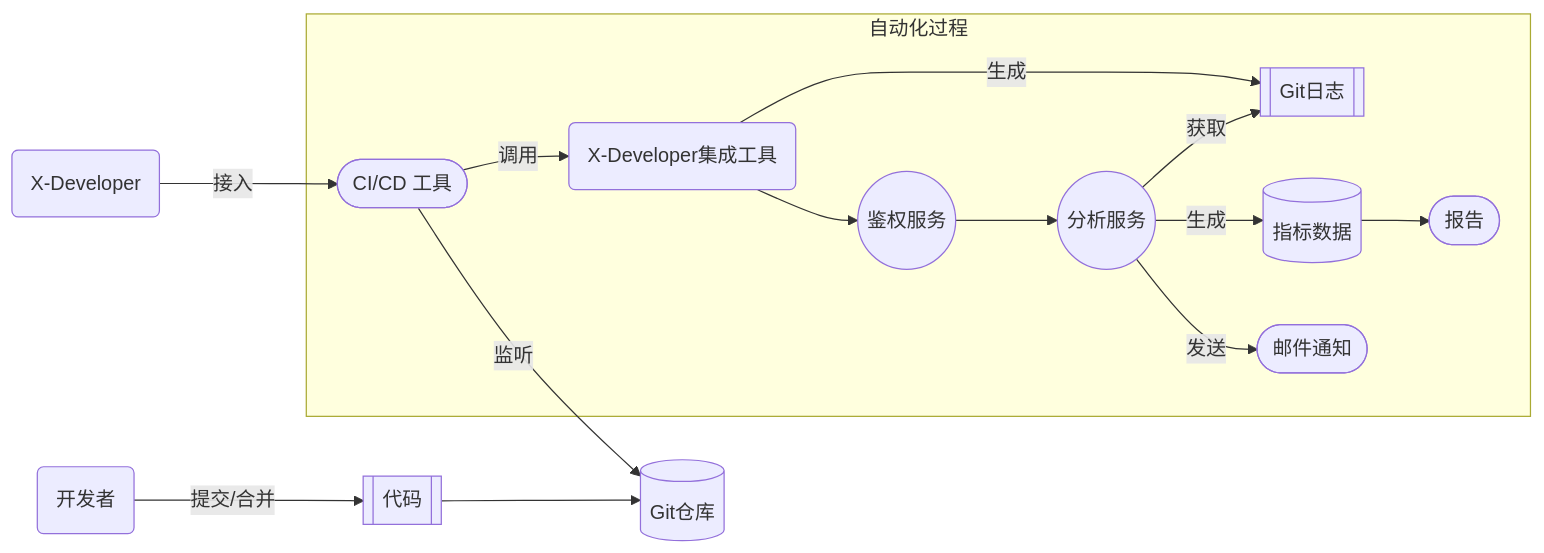
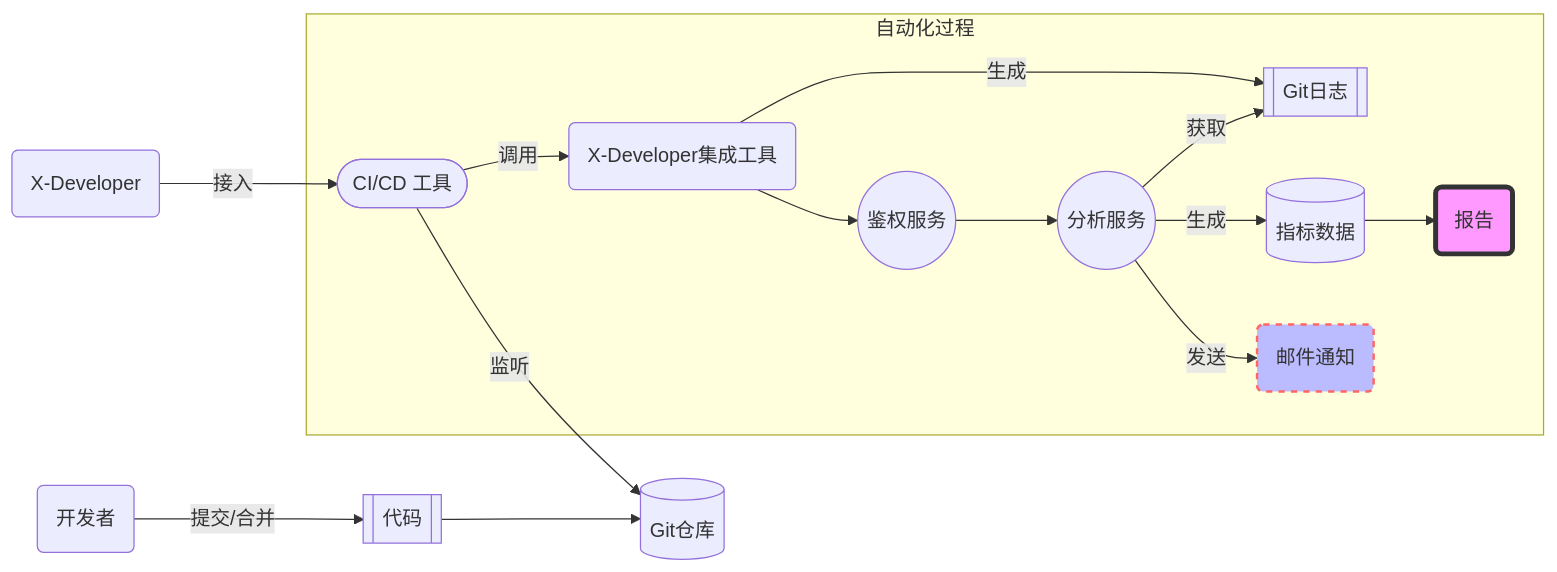
One commit to FieldTech/xdocs changed the diagram in automation.md. Above: the diagram before and after it, drawn with Mermaid. The commit also changed 4 other files, not shown here.

````diff
--- a/automation.md
+++ b/automation.md
@@ -51,17 +51,19 @@
 ```mermaid
 graph LR
     dev(开发者) --提交/合并--> push[[代码]]
     push --> Git[(Git仓库)]
     x(X-Developer) --接入--> tools([CI/CD 工具])
     tools --监听--> Git
     subgraph 自动化过程
         tools --调用--> xd(X-Developer集成工具)
         xd --> auth((鉴权服务))
         xd --生成--> log[[Git日志]]
         auth --> analysis((分析服务))
         analysis --获取--> log
         analysis --生成--> data[(指标数据)]
-        analysis --发送--> notice([邮件通知])
-        data --> reports([报告])
+        analysis --发送--> notice(邮件通知)
+        data --> reports(报告)
+        style reports fill:#f9f,stroke:#333,stroke-width:4px
+        style notice fill:#bbf,stroke:#f66,stroke-width:2px,stroke-dasharray: 5, 5
     end
 ```
````
